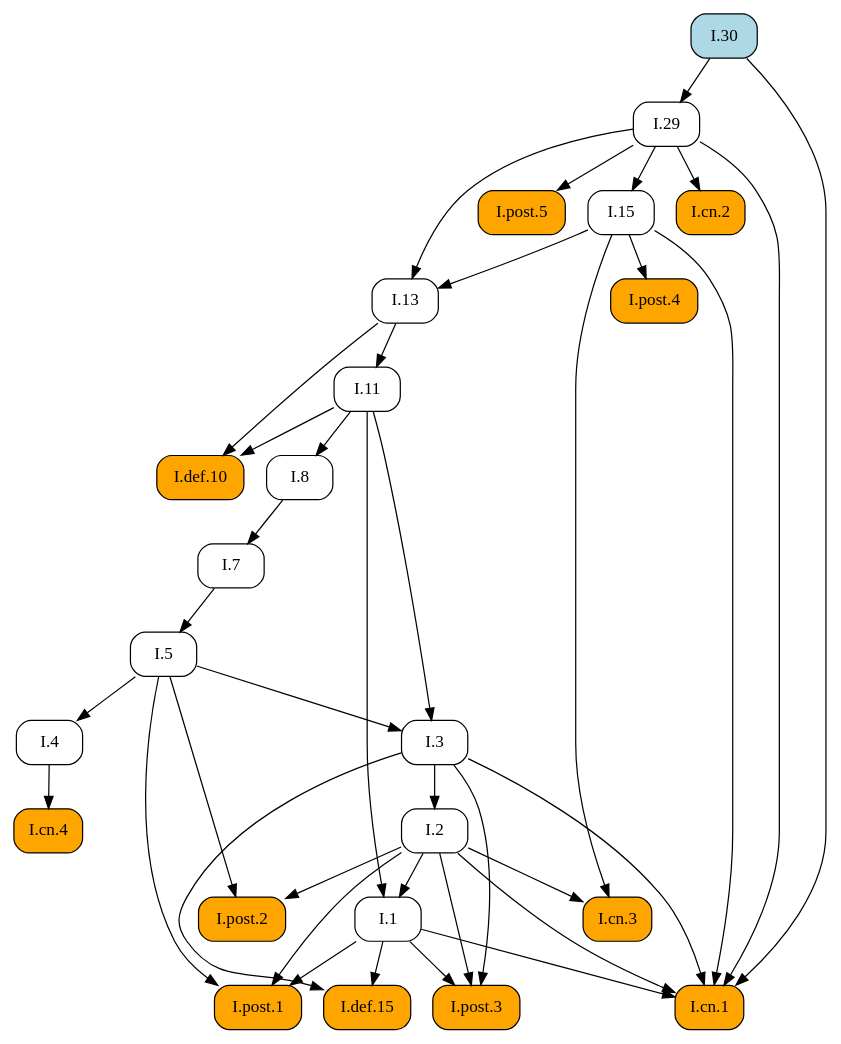
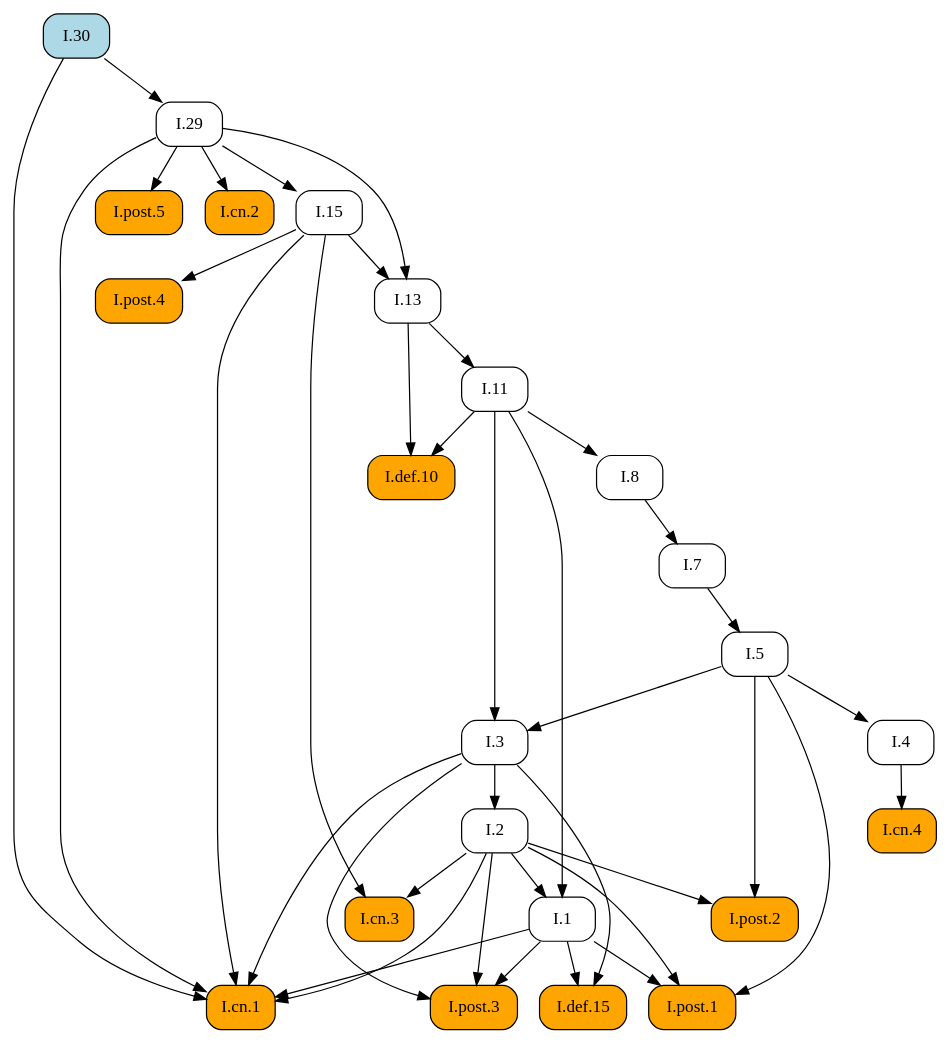
The diagram in docsrc/elements2/I/30/index.rst (geometor/elements), drawn with Graphviz before and after one commit. The commit also changed other lines of this file and 409 other files, not shown here.

First line of the commit message:
feat: Add image cropping and graphic extraction script

```diff
--- a/docsrc/elements2/I/30/index.rst
+++ b/docsrc/elements2/I/30/index.rst
@@ -55,67 +55,67 @@
 .. graphviz::
 
    digraph {
      rankdir="TB";
      node [shape=box, style=rounded];
+     "I.def.15" [style="rounded,filled", fillcolor=orange, URL="/elements2/I/def.15/", target="_top"];
+     "I.def.10" [style="rounded,filled", fillcolor=orange, URL="/elements2/I/def.10/", target="_top"];
+     "I.11" [URL="/elements2/I/11/", target="_top"];
+     "I.post.4" [style="rounded,filled", fillcolor=orange, URL="/elements2/I/post.4/", target="_top"];
      "I.8" [URL="/elements2/I/8/", target="_top"];
-     "I.cn.3" [style="rounded,filled", fillcolor=orange, URL="/elements2/I/cn.3/", target="_top"];
-     "I.1" [URL="/elements2/I/1/", target="_top"];
-     "I.cn.4" [style="rounded,filled", fillcolor=orange, URL="/elements2/I/cn.4/", target="_top"];
-     "I.7" [URL="/elements2/I/7/", target="_top"];
-     "I.post.1" [style="rounded,filled", fillcolor=orange, URL="/elements2/I/post.1/", target="_top"];
+     "I.15" [URL="/elements2/I/15/", target="_top"];
      "I.5" [URL="/elements2/I/5/", target="_top"];
      "I.post.5" [style="rounded,filled", fillcolor=orange, URL="/elements2/I/post.5/", target="_top"];
+     "I.3" [URL="/elements2/I/3/", target="_top"];
+     "I.cn.3" [style="rounded,filled", fillcolor=orange, URL="/elements2/I/cn.3/", target="_top"];
      "I.cn.1" [style="rounded,filled", fillcolor=orange, URL="/elements2/I/cn.1/", target="_top"];
+     "I.13" [URL="/elements2/I/13/", target="_top"];
+     "I.post.3" [style="rounded,filled", fillcolor=orange, URL="/elements2/I/post.3/", target="_top"];
+     "I.4" [URL="/elements2/I/4/", target="_top"];
+     "I.7" [URL="/elements2/I/7/", target="_top"];
      "I.29" [URL="/elements2/I/29/", target="_top"];
-     "I.def.10" [style="rounded,filled", fillcolor=orange, URL="/elements2/I/def.10/", target="_top"];
-     "I.post.4" [style="rounded,filled", fillcolor=orange, URL="/elements2/I/post.4/", target="_top"];
-     "I.13" [URL="/elements2/I/13/", target="_top"];
+     "I.post.1" [style="rounded,filled", fillcolor=orange, URL="/elements2/I/post.1/", target="_top"];
+     "I.2" [URL="/elements2/I/2/", target="_top"];
+     "I.30" [style="rounded,filled", fillcolor=lightblue, URL="/elements2/I/30/", target="_top"];
+     "I.1" [URL="/elements2/I/1/", target="_top"];
      "I.cn.2" [style="rounded,filled", fillcolor=orange, URL="/elements2/I/cn.2/", target="_top"];
-     "I.30" [style="rounded,filled", fillcolor=lightblue, URL="/elements2/I/30/", target="_top"];
-     "I.2" [URL="/elements2/I/2/", target="_top"];
-     "I.def.15" [style="rounded,filled", fillcolor=orange, URL="/elements2/I/def.15/", target="_top"];
-     "I.4" [URL="/elements2/I/4/", target="_top"];
-     "I.11" [URL="/elements2/I/11/", target="_top"];
-     "I.15" [URL="/elements2/I/15/", target="_top"];
-     "I.3" [URL="/elements2/I/3/", target="_top"];
+     "I.cn.4" [style="rounded,filled", fillcolor=orange, URL="/elements2/I/cn.4/", target="_top"];
      "I.post.2" [style="rounded,filled", fillcolor=orange, URL="/elements2/I/post.2/", target="_top"];
-     "I.post.3" [style="rounded,filled", fillcolor=orange, URL="/elements2/I/post.3/", target="_top"];
+     "I.1" -> "I.def.15";
+     "I.3" -> "I.def.15";
+     "I.11" -> "I.def.10";
+     "I.13" -> "I.def.10";
+     "I.13" -> "I.11";
+     "I.15" -> "I.post.4";
      "I.11" -> "I.8";
+     "I.29" -> "I.15";
+     "I.7" -> "I.5";
+     "I.29" -> "I.post.5";
+     "I.5" -> "I.3";
+     "I.11" -> "I.3";
      "I.2" -> "I.cn.3";
      "I.15" -> "I.cn.3";
-     "I.2" -> "I.1";
-     "I.11" -> "I.1";
-     "I.4" -> "I.cn.4";
-     "I.8" -> "I.7";
-     "I.1" -> "I.post.1";
-     "I.2" -> "I.post.1";
-     "I.5" -> "I.post.1";
-     "I.7" -> "I.5";
-     "I.29" -> "I.post.5";
      "I.1" -> "I.cn.1";
      "I.2" -> "I.cn.1";
      "I.3" -> "I.cn.1";
      "I.15" -> "I.cn.1";
      "I.29" -> "I.cn.1";
      "I.30" -> "I.cn.1";
-     "I.30" -> "I.29";
-     "I.11" -> "I.def.10";
-     "I.13" -> "I.def.10";
-     "I.15" -> "I.post.4";
      "I.15" -> "I.13";
      "I.29" -> "I.13";
-     "I.29" -> "I.cn.2";
-     "I.3" -> "I.2";
-     "I.1" -> "I.def.15";
-     "I.3" -> "I.def.15";
-     "I.5" -> "I.4";
-     "I.13" -> "I.11";
-     "I.29" -> "I.15";
-     "I.5" -> "I.3";
-     "I.11" -> "I.3";
-     "I.2" -> "I.post.2";
-     "I.5" -> "I.post.2";
      "I.1" -> "I.post.3";
      "I.2" -> "I.post.3";
      "I.3" -> "I.post.3";
+     "I.5" -> "I.4";
+     "I.8" -> "I.7";
+     "I.30" -> "I.29";
+     "I.1" -> "I.post.1";
+     "I.2" -> "I.post.1";
+     "I.5" -> "I.post.1";
+     "I.3" -> "I.2";
+     "I.2" -> "I.1";
+     "I.11" -> "I.1";
+     "I.29" -> "I.cn.2";
+     "I.4" -> "I.cn.4";
+     "I.2" -> "I.post.2";
+     "I.5" -> "I.post.2";
    }
```
